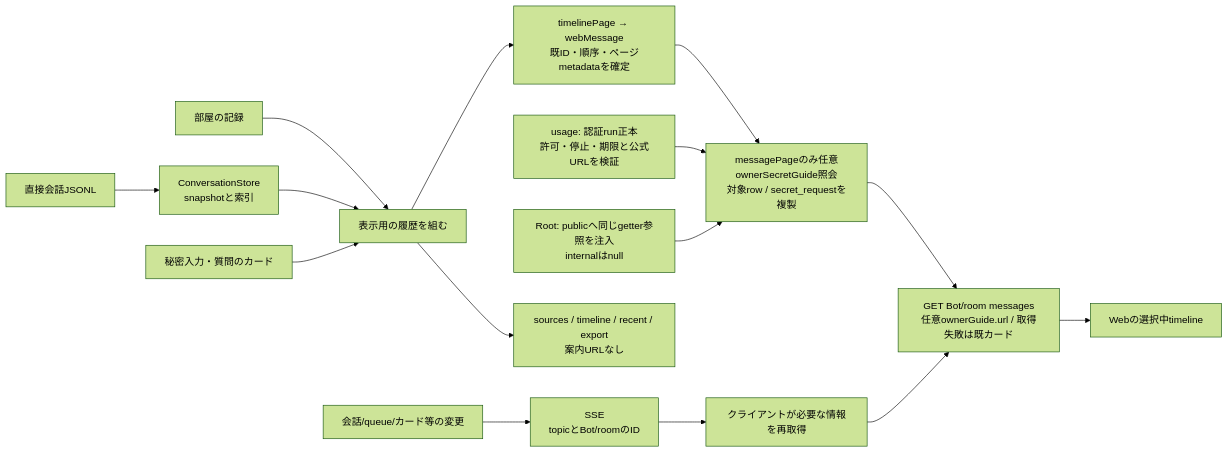
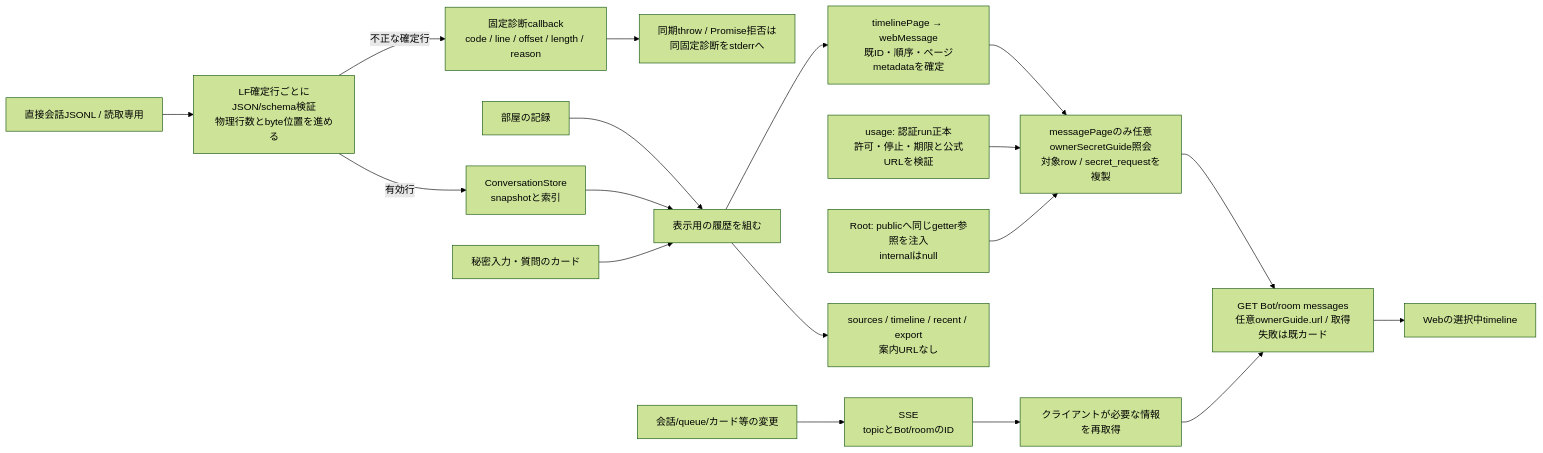
One commit to kitepon/BellTeam changed the third of 3 diagrams in docs/architecture/modules/conversation/flow.md. Above: the diagram before and after it, drawn with Mermaid (forest theme). The commit also changed other lines of this file and 3 other files, not shown here.

Commit message:
Read valid conversation log lines across diagnosed corruption

````diff
--- a/docs/architecture/modules/conversation/flow.md
+++ b/docs/architecture/modules/conversation/flow.md
@@ -67,17 +67,20 @@
 ```mermaid
 flowchart LR
-  Direct["直接会話JSONL"] --> Store["ConversationStore<br/>snapshotと索引"]
+  Direct["直接会話JSONL / 読取専用"] --> Validate["LF確定行ごとにJSON/schema検証<br/>物理行数とbyte位置を進める"]
+  Validate -->|有効行| Store["ConversationStore<br/>snapshotと索引"]
+  Validate -->|不正な確定行| Corruption["固定診断callback<br/>code / line / offset / length / reason"]
+  Corruption --> Fallback["同期throw / Promise拒否は<br/>同固定診断をstderrへ"]
   Room["部屋の記録"] --> Views["表示用の履歴を組む"]
   Store --> Views
   Cards["秘密入力・質問のカード"] --> Views
   Views --> Page["timelinePage → webMessage<br/>既ID・順序・ページmetadataを確定"]
   Page --> Guide["messagePageのみ任意ownerSecretGuide照会<br/>対象row / secret_requestを複製"]
   Usage["usage: 認証run正本<br/>許可・停止・期限と公式URLを検証"] --> Guide
   Root["Root: publicへ同じgetter参照を注入<br/>internalはnull"] --> Guide
   Guide --> HTTP["GET Bot/room messages<br/>任意ownerGuide.url / 取得失敗は既カード"]
   Views --> Other["sources / timeline / recent / export<br/>案内URLなし"]
   HTTP --> Web["Webの選択中timeline"]
   Changes["会話/queue/カード等の変更"] --> SSE["SSE<br/>topicとBot/roomのID"]
   SSE --> Refresh["クライアントが必要な情報を再取得"]
   Refresh --> HTTP
 ```
````
